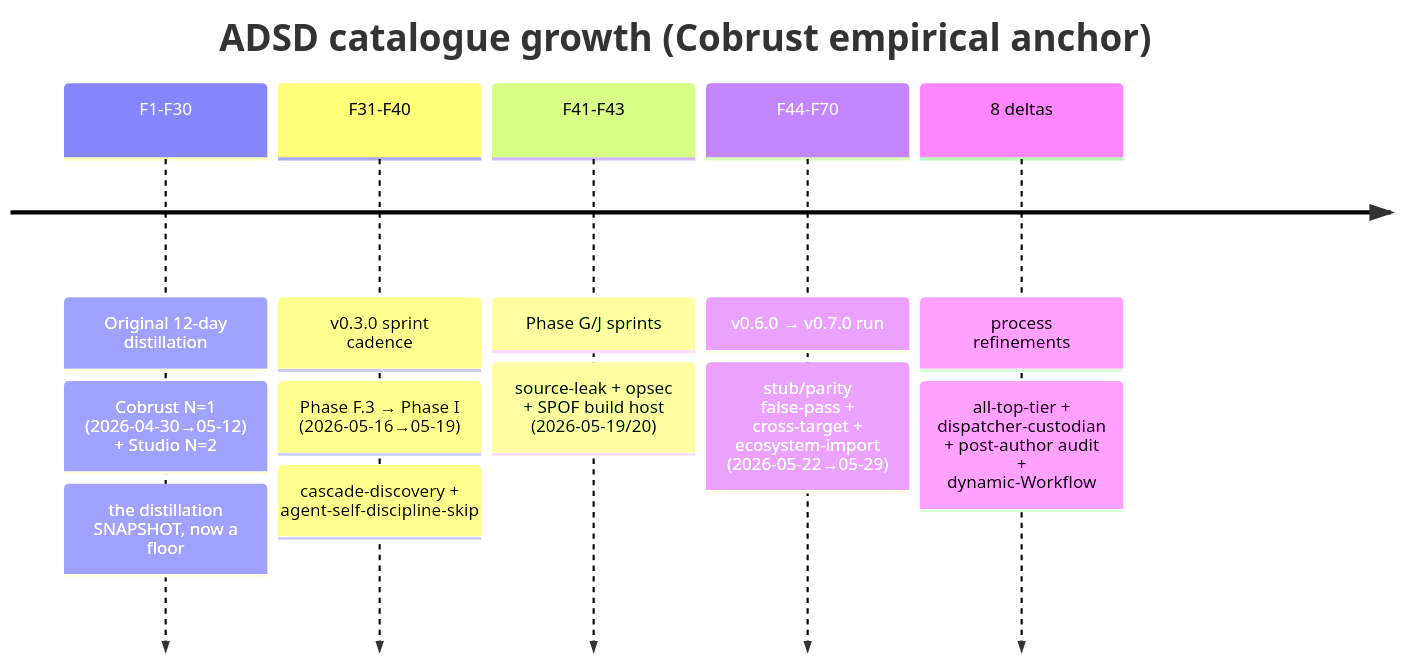
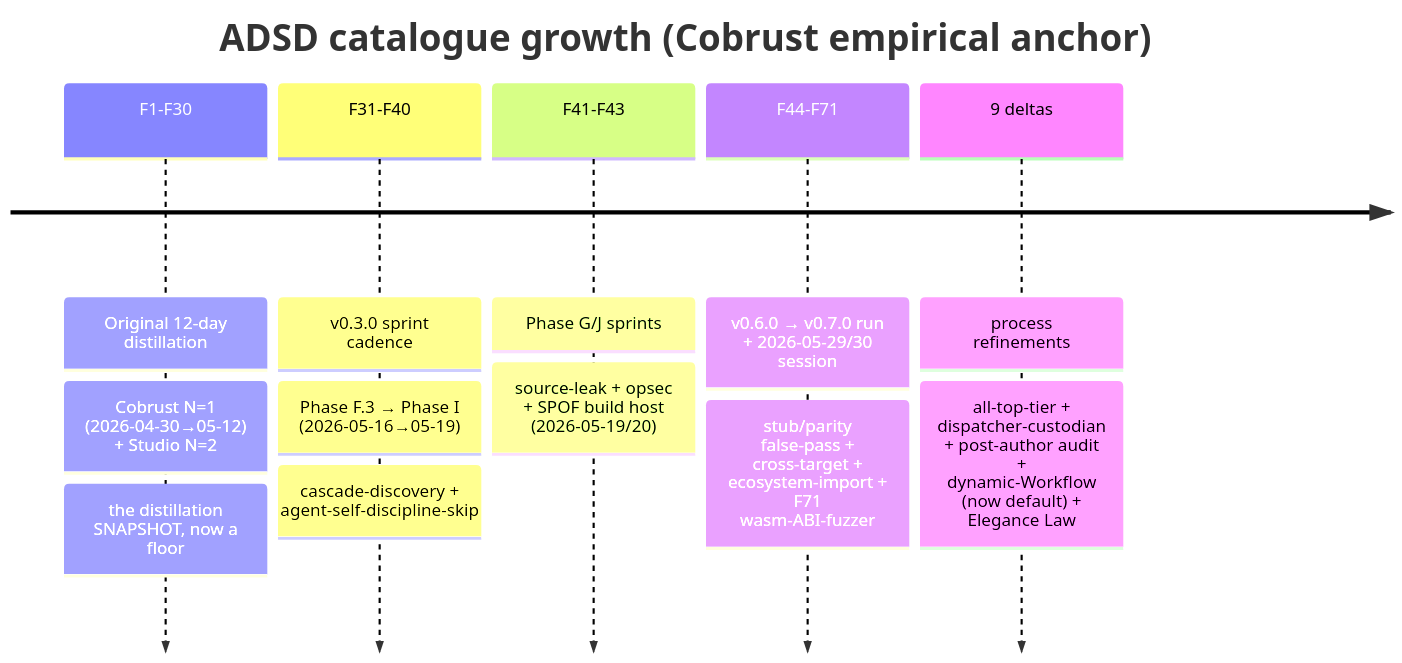
The first of 2 diagrams in plugins/adsd/skills/agent-driven-development/reference/EVOLUTION.md (Cobrust-lang/agent-driven-development), drawn with Mermaid before and after one commit. The commit also changed other lines of this file and 6 other files, not shown here.

First line of the commit message:
docs(adsd): close research-product loop — Workflow mode → default, Delta 9 elegance law, F71

````diff
--- a/plugins/adsd/skills/agent-driven-development/reference/EVOLUTION.md
+++ b/plugins/adsd/skills/agent-driven-development/reference/EVOLUTION.md
@@ -30,9 +30,9 @@
 ```mermaid
 timeline
     title ADSD catalogue growth (Cobrust empirical anchor)
     F1-F30 : Original 12-day distillation : Cobrust N=1 (2026-04-30→05-12) + Studio N=2 : the distillation SNAPSHOT, now a floor
     F31-F40 : v0.3.0 sprint cadence : Phase F.3 → Phase I (2026-05-16→05-19) : cascade-discovery + agent-self-discipline-skip
     F41-F43 : Phase G/J sprints : source-leak + opsec + SPOF build host (2026-05-19/20)
-    F44-F70 : v0.6.0 → v0.7.0 run : stub/parity false-pass + cross-target + ecosystem-import (2026-05-22→05-29)
-    8 deltas : process refinements : all-top-tier + dispatcher-custodian + post-author audit + dynamic-Workflow
+    F44-F71 : v0.6.0 → v0.7.0 run + 2026-05-29/30 session : stub/parity false-pass + cross-target + ecosystem-import + F71 wasm-ABI-fuzzer
+    9 deltas : process refinements : all-top-tier + dispatcher-custodian + post-author audit + dynamic-Workflow (now default) + Elegance Law
 ```
````
